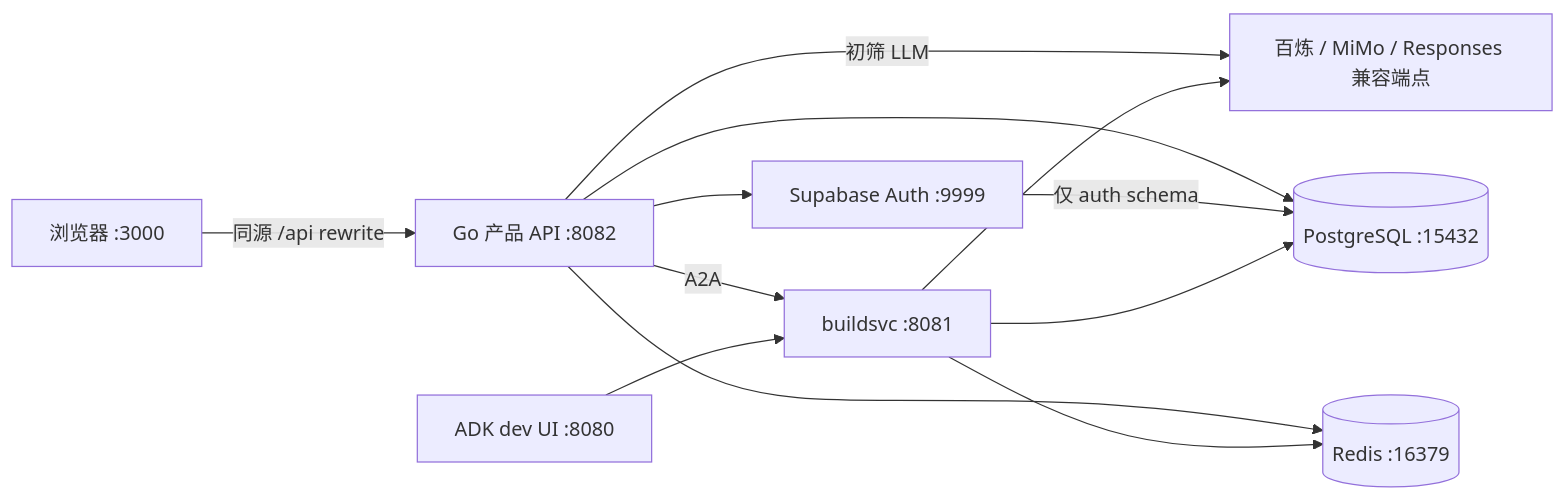
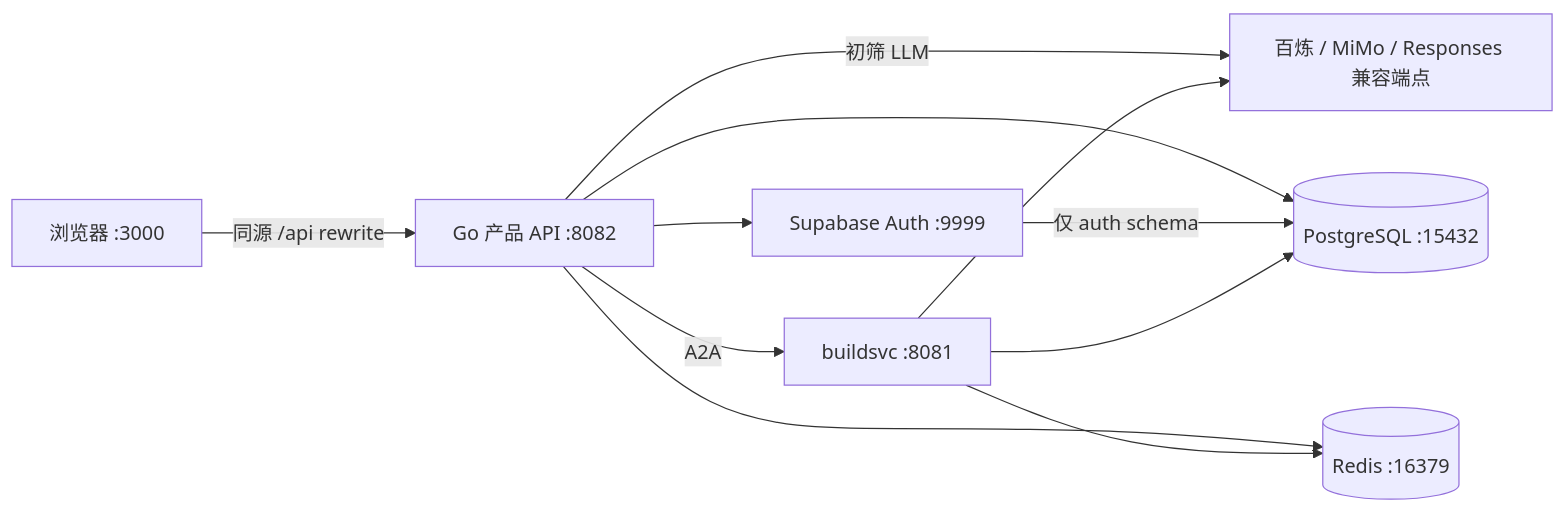
Before and after one commit to subaru-ye/pc-builder-agent: the diagram in docs/ops/本地运行与部署.md, drawn with Mermaid. The commit also changed other lines of this file and 15 other files, not shown here.

````diff
--- a/docs/ops/本地运行与部署.md
+++ b/docs/ops/本地运行与部署.md
@@ -17,14 +17,13 @@
 ```mermaid
 flowchart LR
     Browser[浏览器 :3000] -->|同源 /api rewrite| API[Go 产品 API :8082]
     API -->|初筛 LLM| Provider[百炼 / MiMo / Responses 兼容端点]
     API -->|A2A| BuildSvc[buildsvc :8081]
     BuildSvc --> Provider
     API --> PG[(PostgreSQL :15432)]
     API --> Redis[(Redis :16379)]
     API --> Auth[Supabase Auth :9999]
     Auth -->|仅 auth schema| PG
     BuildSvc --> PG
     BuildSvc --> Redis
-    DevUI[ADK dev UI :8080] --> BuildSvc
 ```
````
